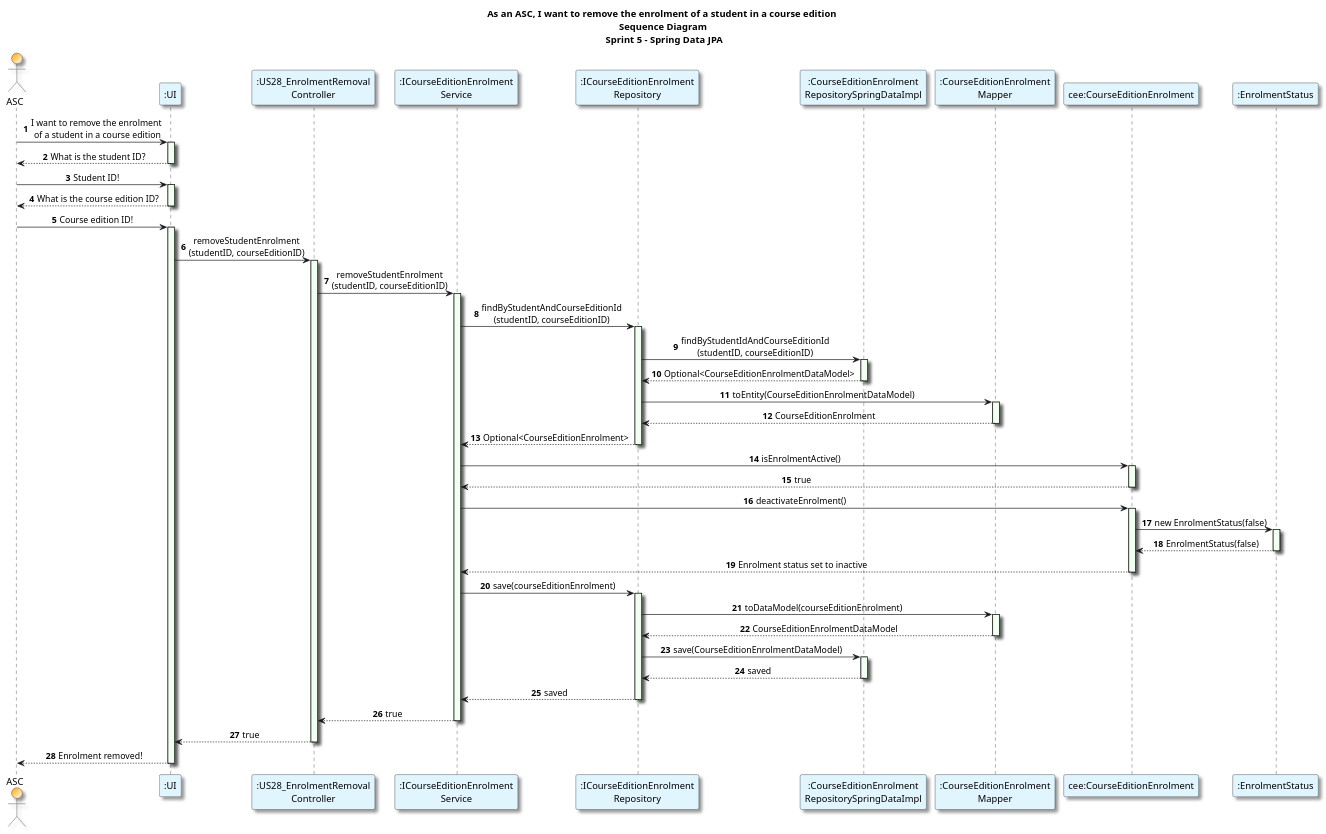
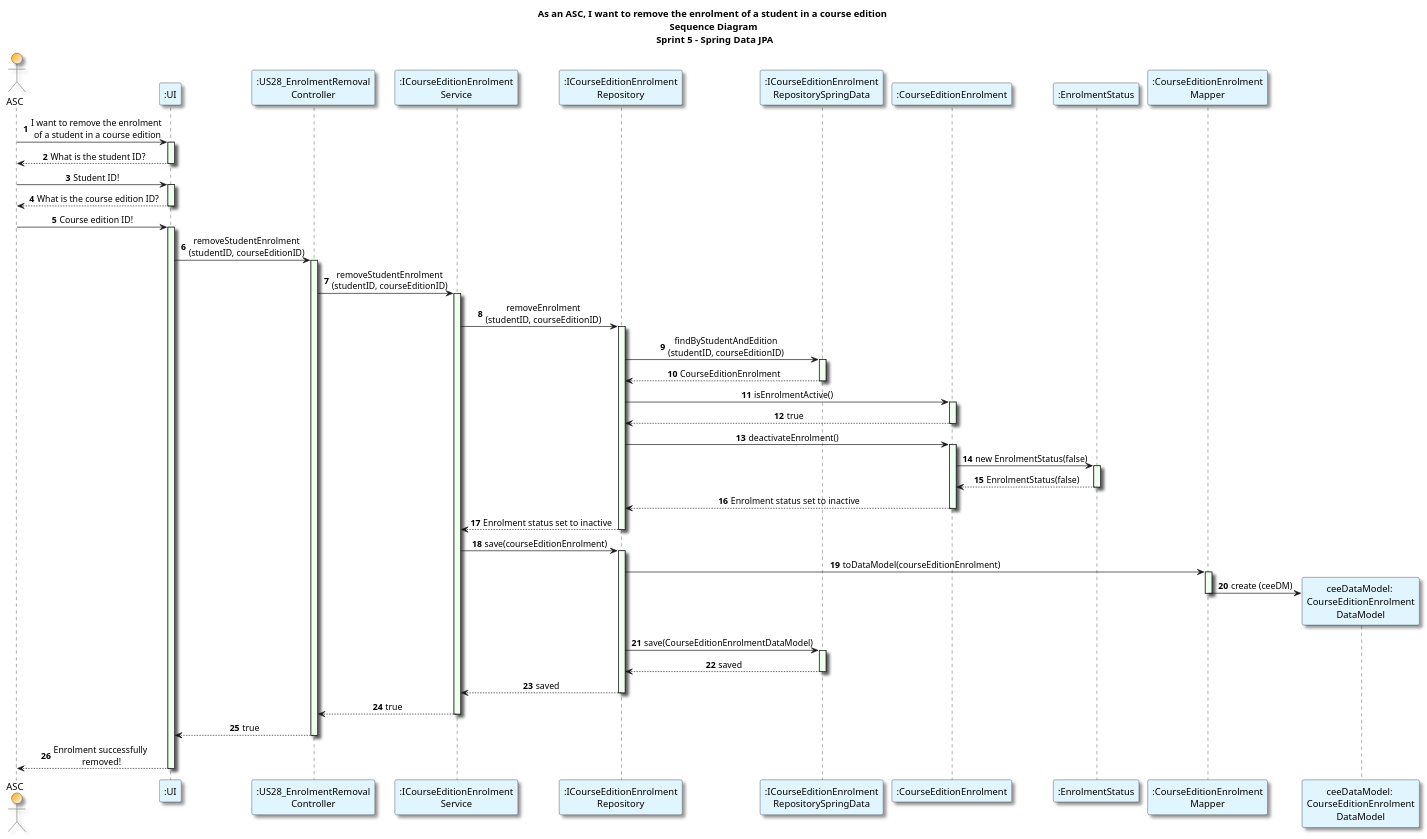
One commit to GasparISEP/DevOps-PAI changed the diagram in docs/US28/Sprint5_SprintDataJPA/US28_JPA_EnrolmentRemoval_SequenceDiagram.puml. Above: the diagram before and after it, drawn with PlantUML.

Commit message:
Refs #320, #359: Update Enrolment Removal JPA sequence diagram to reflect streamlined enrolment removal process, align with service responsibilities, and replace Spring Data repository with interface

```diff
--- a/docs/US28/Sprint5_SprintDataJPA/US28_JPA_EnrolmentRemoval_SequenceDiagram.puml
+++ b/docs/US28/Sprint5_SprintDataJPA/US28_JPA_EnrolmentRemoval_SequenceDiagram.puml
@@ -1,95 +1,89 @@
 @startuml
 
 title As an ASC, I want to remove the enrolment of a student in a course edition \n Sequence Diagram \n Sprint 5 - Spring Data JPA
 autonumber
 skinparam {
   ActivityPadding 2
   ActivityMargin 2
   BoxPadding 2
 }
 skinparam defaultTextAlignment center
 skinparam shadowing true
 
 actor ASC #Orange/White
 participant ":UI" as UI #E1F5FE
 participant ":US28_EnrolmentRemoval\nController" as Controller #E1F5FE
 participant ":ICourseEditionEnrolment\nService" as Service #E1F5FE
 participant ":ICourseEditionEnrolment\nRepository" as Repository #E1F5FE
-participant ":CourseEditionEnrolment\nRepositorySpringDataImpl" as SpringDataRepo #E1F5FE
+participant ":ICourseEditionEnrolment\nRepositorySpringData" as SpringDataRepo #E1F5FE
+participant ":CourseEditionEnrolment" as Enrolment #E1F5FE
+participant ":EnrolmentStatus" as Status #E1F5FE
 participant ":CourseEditionEnrolment\nMapper" as Mapper #E1F5FE
 
 ' Step 1: ASC triggers removal
 ASC -> UI : I want to remove the enrolment\n of a student in a course edition
 activate UI #HoneyDew
 UI --> ASC : What is the student ID?
 deactivate UI
 ASC -> UI : Student ID!
 activate UI #HoneyDew
 UI --> ASC : What is the course edition ID?
 deactivate UI
 ASC -> UI : Course edition ID!
 activate UI #HoneyDew
 UI -> Controller: removeStudentEnrolment\n(studentID, courseEditionID)
 activate Controller #HoneyDew
 
 ' Step 2: Delegate to service
 Controller -> Service: removeStudentEnrolment\n(studentID, courseEditionID)
 activate Service #HoneyDew
 
 ' Step 3: Check if enrolment exists
-Service -> Repository: findByStudentAndCourseEditionId\n(studentID, courseEditionID)
+Service -> Repository: removeEnrolment\n(studentID, courseEditionID)
 activate Repository #HoneyDew
-Repository -> SpringDataRepo: findByStudentIdAndCourseEditionId\n(studentID, courseEditionID)
+Repository -> SpringDataRepo: findByStudentAndEdition\n(studentID, courseEditionID)
 activate SpringDataRepo #HoneyDew
-SpringDataRepo --> Repository: Optional<CourseEditionEnrolmentDataModel>
+SpringDataRepo --> Repository: CourseEditionEnrolment
 deactivate SpringDataRepo
 
-' Step 4: Map to domain entity
-Repository -> Mapper: toEntity(CourseEditionEnrolmentDataModel)
-activate Mapper #HoneyDew
-Mapper --> Repository: CourseEditionEnrolment
-deactivate Mapper
-Repository --> Service: Optional<CourseEditionEnrolment>
-deactivate Repository
-
-' Step 5: Deactivate Enrolment
-participant "cee:CourseEditionEnrolment" as Enrolment #E1F5FE
-Service -> Enrolment : isEnrolmentActive()
+' Step 4: Deactivate Enrolment
+Repository -> Enrolment : isEnrolmentActive()
 activate Enrolment #HoneyDew
-Enrolment --> Service : true
+Enrolment --> Repository : true
 deactivate Enrolment
-Service -> Enrolment : deactivateEnrolment()
+Repository -> Enrolment : deactivateEnrolment()
 activate Enrolment #HoneyDew
-participant ":EnrolmentStatus" as Status #E1F5FE
 Enrolment -> Status : new EnrolmentStatus(false)
 activate Status #HoneyDew
 Status --> Enrolment : EnrolmentStatus(false)
 deactivate Status
-Enrolment --> Service : Enrolment status set to inactive
+Enrolment --> Repository : Enrolment status set to inactive
 deactivate Enrolment
+Repository --> Service : Enrolment status set to inactive
+deactivate Repository
 
-' Step 6: Persist updated enrolment
+' Step 5: Persist updated enrolment
 Service -> Repository: save(courseEditionEnrolment)
 activate Repository #HoneyDew
 Repository -> Mapper: toDataModel(courseEditionEnrolment)
 activate Mapper #HoneyDew
-Mapper --> Repository: CourseEditionEnrolmentDataModel
+create "ceeDataModel: \nCourseEditionEnrolment\nDataModel" as DataModel #E1F5FE
+Mapper -> DataModel :create (ceeDM)
 deactivate Mapper
-
 Repository -> SpringDataRepo: save(CourseEditionEnrolmentDataModel)
 activate SpringDataRepo #HoneyDew
 SpringDataRepo --> Repository: saved
 deactivate SpringDataRepo
 Repository --> Service: saved
 deactivate Repository
 
-' Step 7: Response flow back
+' Step 6: Response flow back
 Service --> Controller: true
 deactivate Service
 Controller --> UI: true
 deactivate Controller
-UI --> ASC: Enrolment removed!
+UI --> ASC: Enrolment successfully\n removed!
 deactivate UI
 
 
 @enduml
```
